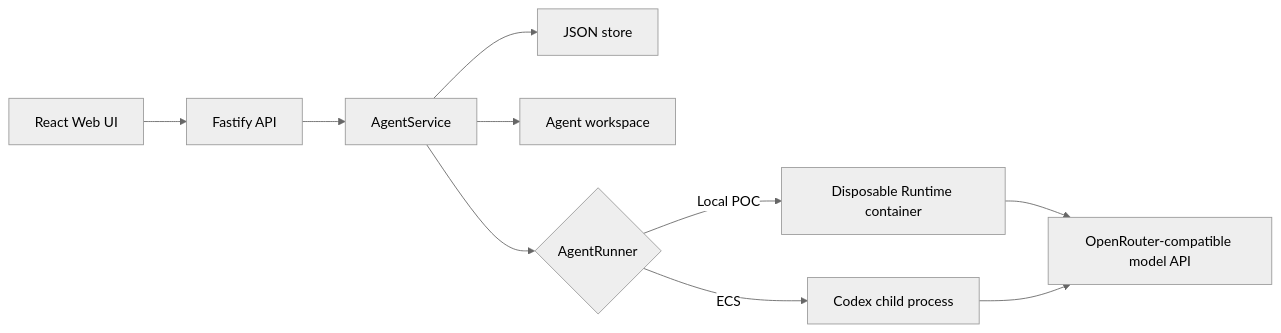
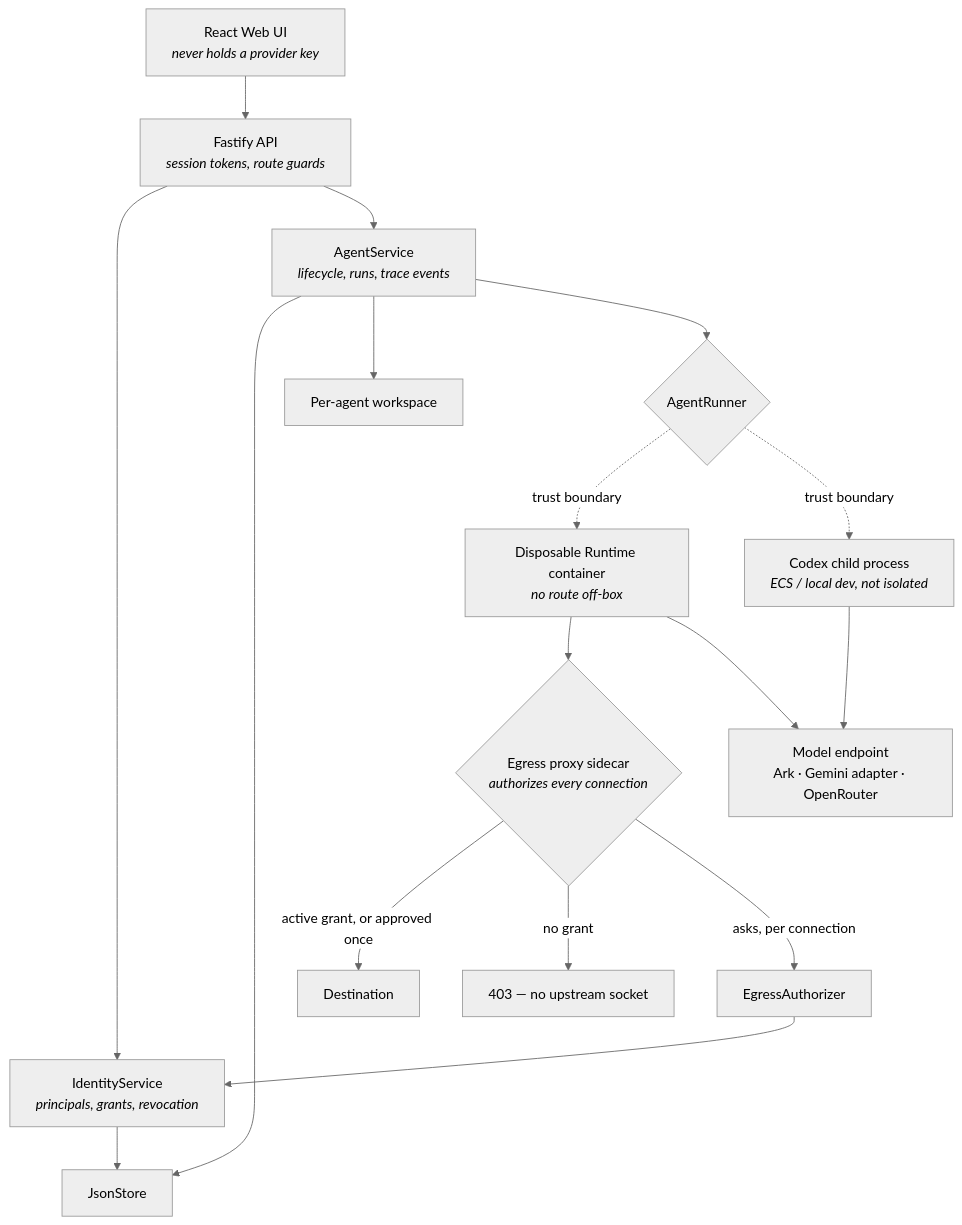
Before and after one commit to Tuxedolphin/TikTok-TechJam-2026: the diagram in docs/ARCHITECTURE.md, drawn with Mermaid (neutral theme). The commit also changed other lines of this file and 15 other files, not shown here.

````diff
--- a/docs/ARCHITECTURE.md
+++ b/docs/ARCHITECTURE.md
@@ -5,12 +7,22 @@
 ```mermaid
-flowchart LR
-    UI["React Web UI"] --> API["Fastify API"]
-    API --> Service["AgentService"]
-    Service --> Store["JSON store"]
-    Service --> Workspace["Agent workspace"]
+flowchart TB
+    UI["React Web UI<br/><i>never holds a provider key</i>"] --> API["Fastify API<br/><i>session tokens, route guards</i>"]
+    API --> Identity["IdentityService<br/><i>principals, grants, revocation</i>"]
+    API --> Service["AgentService<br/><i>lifecycle, runs, trace events</i>"]
+    Identity --> Store["JsonStore"]
+    Service --> Store
+    Service --> Workspace["Per-agent workspace"]
     Service --> Runner{"AgentRunner"}
-    Runner -->|Local POC| Container["Disposable Runtime container"]
-    Runner -->|ECS| Process["Codex child process"]
-    Container --> ModelAPI["OpenRouter-compatible model API"]
+
+    Runner -.->|trust boundary| Container["Disposable Runtime container<br/><i>no route off-box</i>"]
+    Runner -.->|trust boundary| Process["Codex child process<br/><i>ECS / local dev, not isolated</i>"]
+
+    Container --> Proxy{"Egress proxy sidecar<br/><i>authorizes every connection</i>"}
+    Proxy -->|active grant, or approved once| Internet["Destination"]
+    Proxy -->|no grant| Blocked["403 — no upstream socket"]
+    Proxy -->|asks, per connection| Authorizer["EgressAuthorizer"]
+    Authorizer --> Identity
+
+    Container --> ModelAPI["Model endpoint<br/>Ark · Gemini adapter · OpenRouter"]
     Process --> ModelAPI
 ```
````
